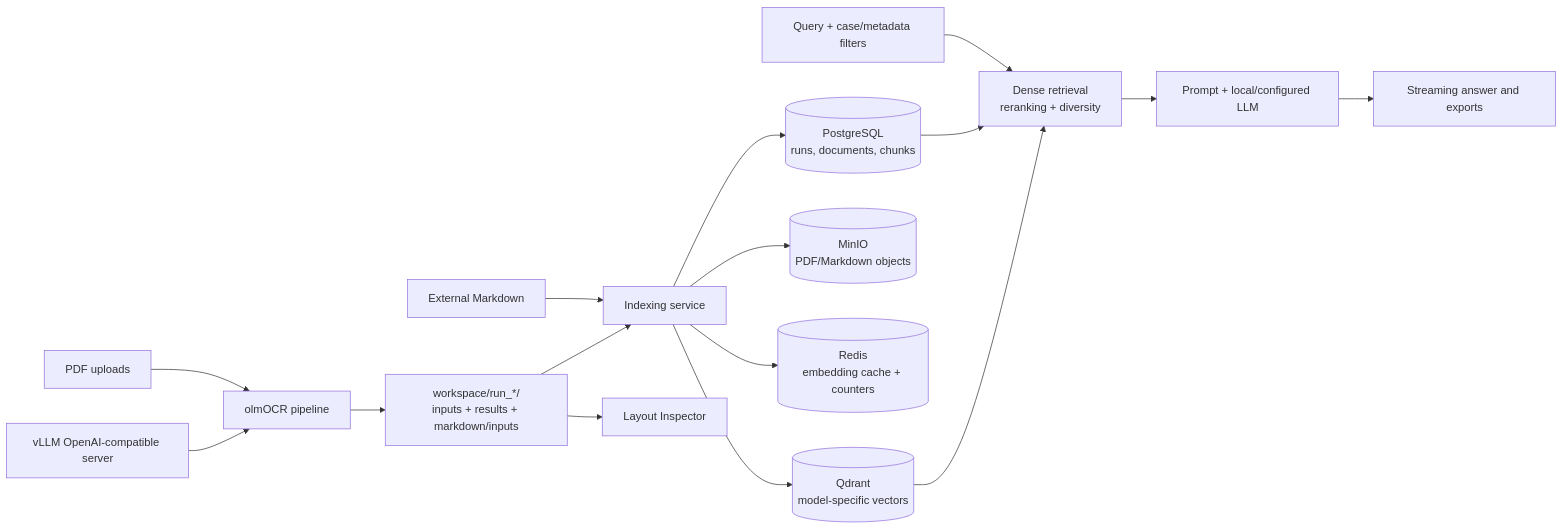
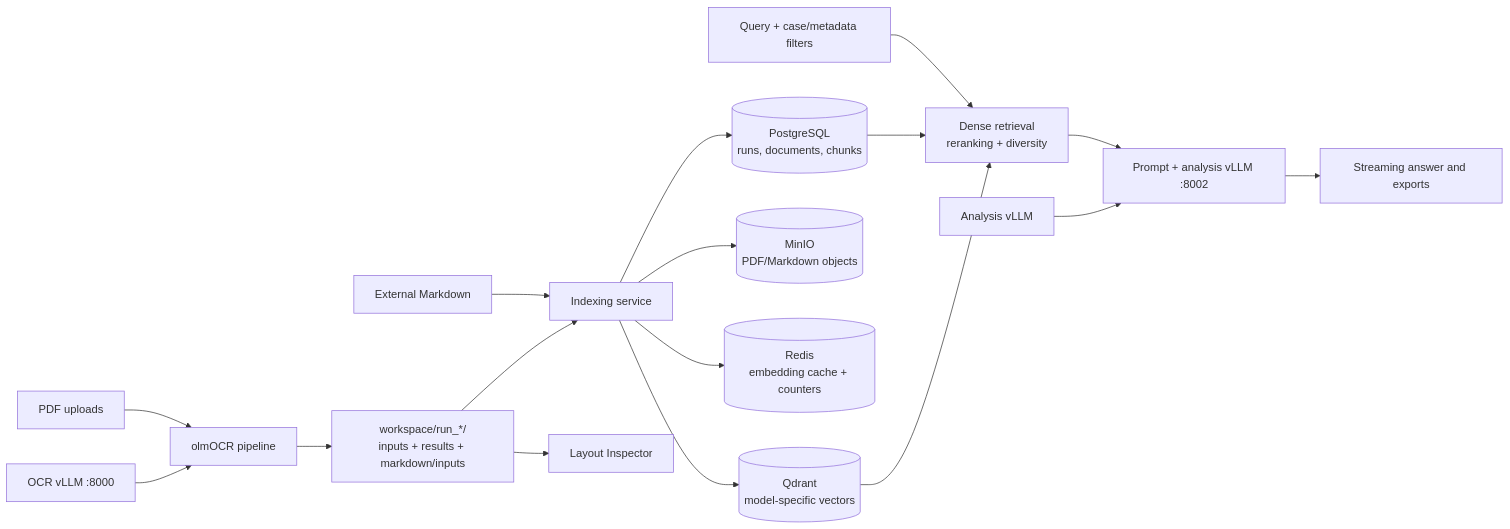
The diagram in README.md (r70pro/CORAG), drawn with Mermaid before and after one commit. The commit also changed other lines of this file and 52 other files, not shown here.

````diff
--- a/README.md
+++ b/README.md
@@ -40,18 +47,19 @@
 ```mermaid
 flowchart LR
     PDF[PDF uploads] --> OCR[olmOCR pipeline]
-    VLLM[vLLM OpenAI-compatible server] --> OCR
+    OCRVLLM[OCR vLLM :8000] --> OCR
     OCR --> RUN[workspace/run_*/\ninputs + results + markdown/inputs]
     MD[External Markdown] --> INDEX[Indexing service]
     RUN --> REVIEW[Layout Inspector]
     RUN --> INDEX
     INDEX --> PG[(PostgreSQL\nruns, documents, chunks)]
     INDEX --> QD[(Qdrant\nmodel-specific vectors)]
     INDEX --> MINIO[(MinIO\nPDF/Markdown objects)]
     INDEX --> REDIS[(Redis\nembedding cache + counters)]
     QUERY[Query + case/metadata filters] --> RETRIEVE[Dense retrieval\nreranking + diversity]
     PG --> RETRIEVE
     QD --> RETRIEVE
-    RETRIEVE --> ANALYSE[Prompt + local/configured LLM]
+    RETRIEVE --> ANALYSE[Prompt + analysis vLLM :8002]
+    ANALYSISVLLM[Analysis vLLM] --> ANALYSE
     ANALYSE --> OUTPUT[Streaming answer and exports]
 ```
````
